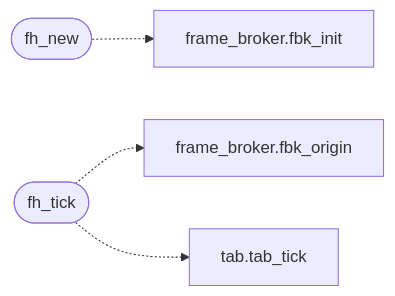
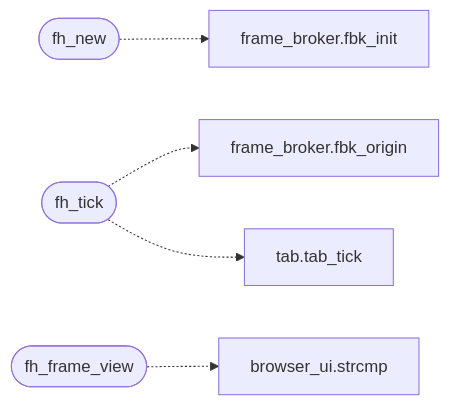
The second of 2 diagrams in readmenator-apidocs/modules/src.frame_host.c.md (grisuno/FreeDom), drawn with Mermaid before and after one commit. The commit also changed other lines of this file and 236 other files, not shown here.

````diff
--- a/readmenator-apidocs/modules/src.frame_host.c.md
+++ b/readmenator-apidocs/modules/src.frame_host.c.md
@@ -25,11 +25,14 @@
 ```mermaid
 flowchart LR
     n_src_frame_host_c__fh_new(["fh_new"])
     n_include_frame_broker_h__fbk_init["frame_broker.fbk_init"]
     n_src_frame_host_c__fh_tick(["fh_tick"])
     n_include_frame_broker_h__fbk_origin["frame_broker.fbk_origin"]
     n_src_tab_c__tab_tick["tab.tab_tick"]
+    n_src_frame_host_c__fh_frame_view(["fh_frame_view"])
+    n_gui_browser_ui_c__strcmp["browser_ui.strcmp"]
     n_src_frame_host_c__fh_new -.-> n_include_frame_broker_h__fbk_init
     n_src_frame_host_c__fh_tick -.-> n_include_frame_broker_h__fbk_origin
     n_src_frame_host_c__fh_tick -.-> n_src_tab_c__tab_tick
+    n_src_frame_host_c__fh_frame_view -.-> n_gui_browser_ui_c__strcmp
 ```
````
